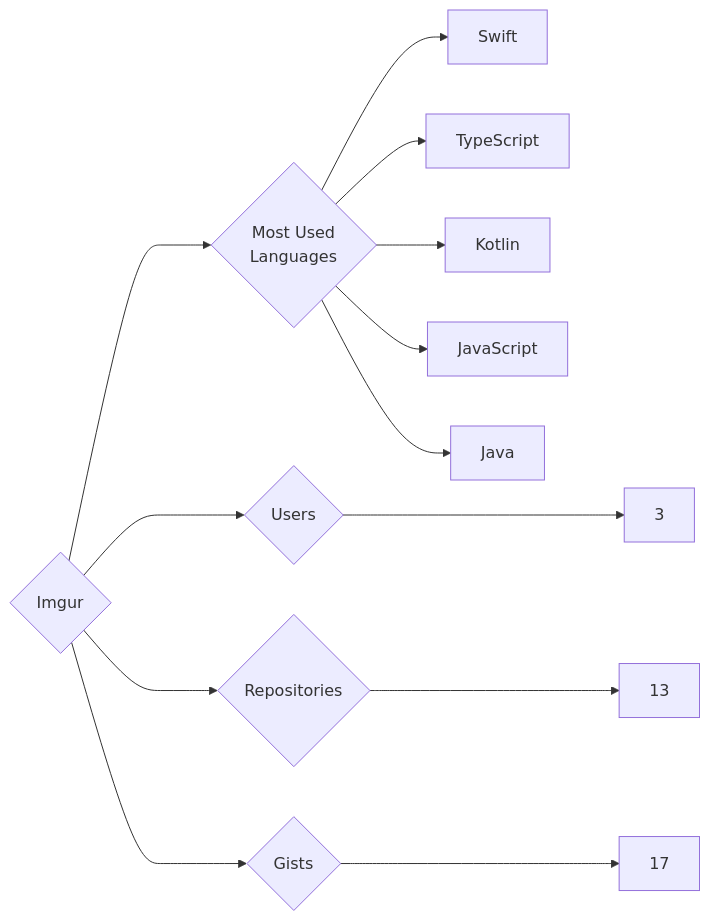
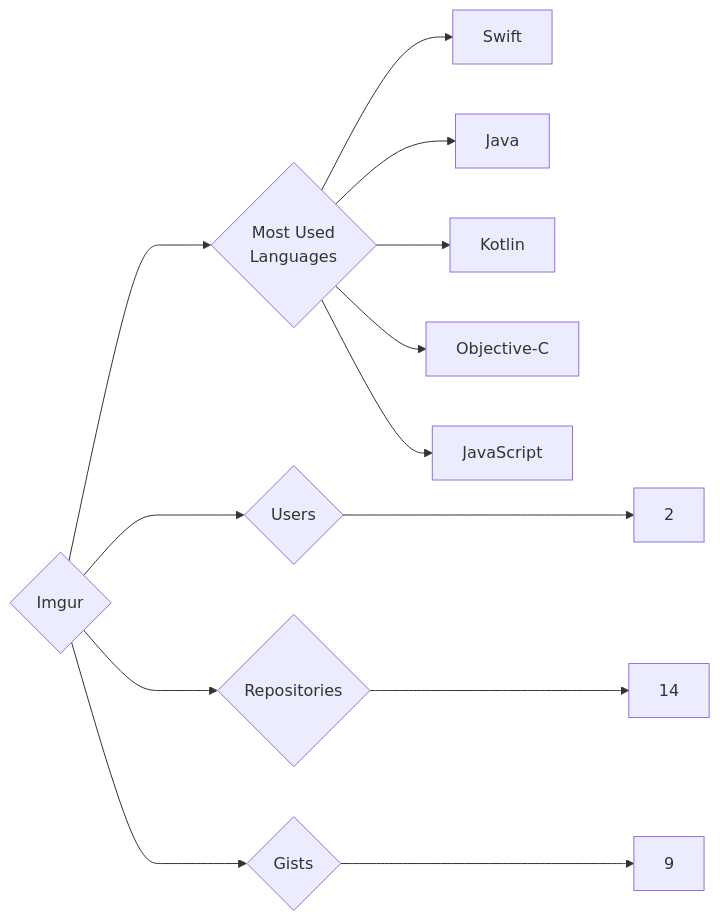
The diagram in targets/Imgur/README.md (trickest/insiders), drawn with Mermaid before and after one commit. The commit also changed 861 other files, not shown here.

````diff
--- a/targets/Imgur/README.md
+++ b/targets/Imgur/README.md
@@ -3,13 +3,13 @@
 ```mermaid
 graph LR
 COMPANY_NAME{Imgur}
-COMPANY_NAME ---> U{Users} ---> UN[3]
-COMPANY_NAME ---> R{Repositories} ---> RN[13]
-COMPANY_NAME ---> G{Gists} ---> GN[17]
+COMPANY_NAME ---> U{Users} ---> UN[2]
+COMPANY_NAME ---> R{Repositories} ---> RN[14]
+COMPANY_NAME ---> G{Gists} ---> GN[9]
 COMPANY_NAME ---> ML{Most Used<br>Languages}
 ML --> Swift[Swift]
-ML --> TypeScript[TypeScript]
+ML --> Java[Java]
 ML --> Kotlin[Kotlin]
+ML --> Objective-C[Objective-C]
 ML --> JavaScript[JavaScript]
-ML --> Java[Java]
 ```
````
